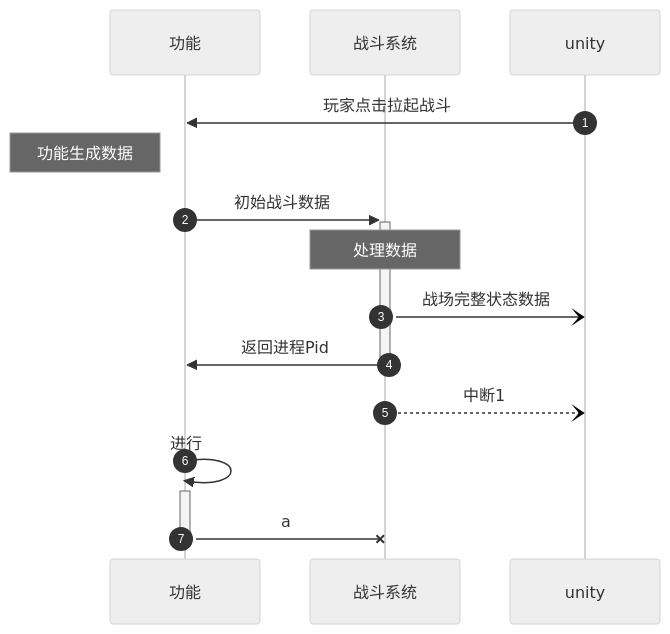
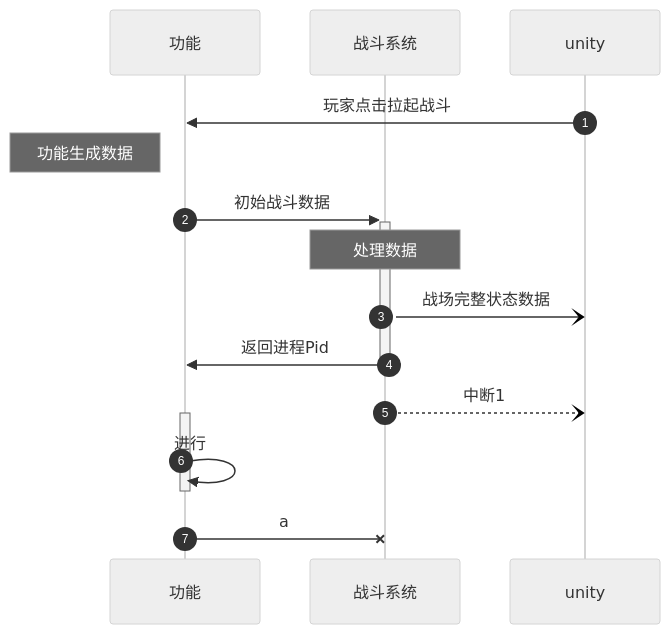
One commit to zheng-dev/zheng-dev.github.io changed the diagram in fight.md. Above: the diagram before and after it, drawn with Mermaid (neutral theme).

Commit message:
激活

````diff
--- a/fight.md
+++ b/fight.md
@@ -2,20 +2,21 @@
 ```mermaid
 sequenceDiagram
 participant f as 功能
 participant z as 战斗系统
 participant u as unity
 autonumber
 u ->> f: 玩家点击拉起战斗
 note left of f :功能生成数据
 
 f->>+z: 初始战斗数据
 note over  z:处理数据 
 z-)u:战场完整状态数据
 z->>-f: 返回进程Pid
 z--)u:中断1
 
-f->>+f:进行
-f-x-z:a
+activate  f
+f->>-f:进行
+f-xz:a
 
 
 ```
````
